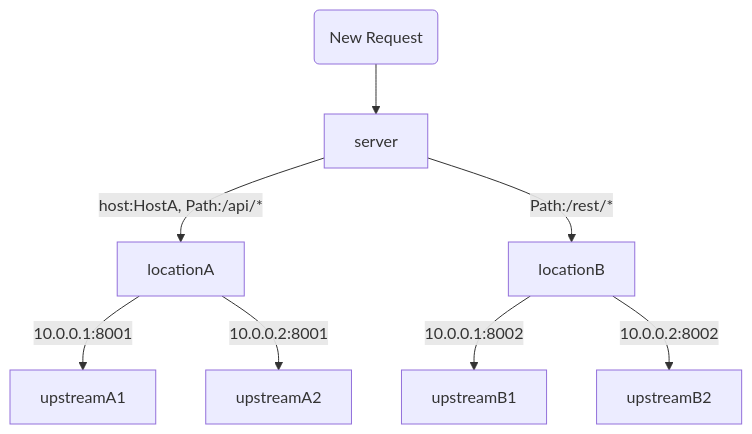
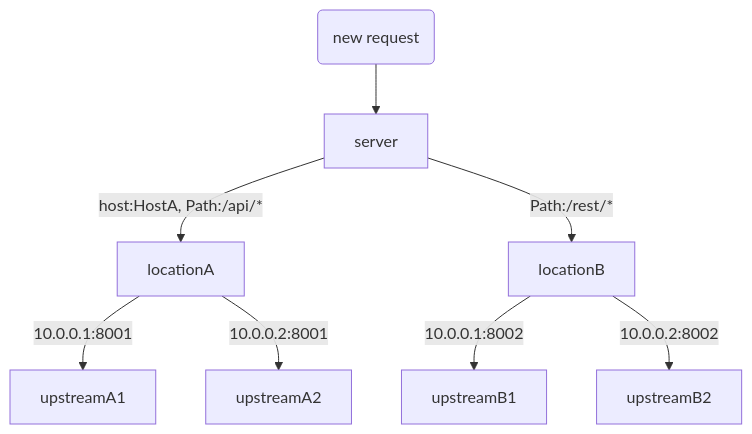
The diagram in README.md (vicanso/pingap), drawn with Mermaid before and after one commit. The commit also changed 14 other files, not shown here.

````diff
--- a/README.md
+++ b/README.md
@@ -39,16 +39,16 @@
 ```mermaid
 graph TD;
-    start("New Request")-->server;
+    start("new request")-->server;
 
     server -- "host:HostA, Path:/api/*" --> locationA
 
     server -- "Path:/rest/*"--> locationB
 
     locationA -- "10.0.0.1:8001" --> upstreamA1
 
     locationA -- "10.0.0.2:8001" --> upstreamA2
 
     locationB -- "10.0.0.1:8002" --> upstreamB1
 
     locationB -- "10.0.0.2:8002" --> upstreamB2
 ```
````
